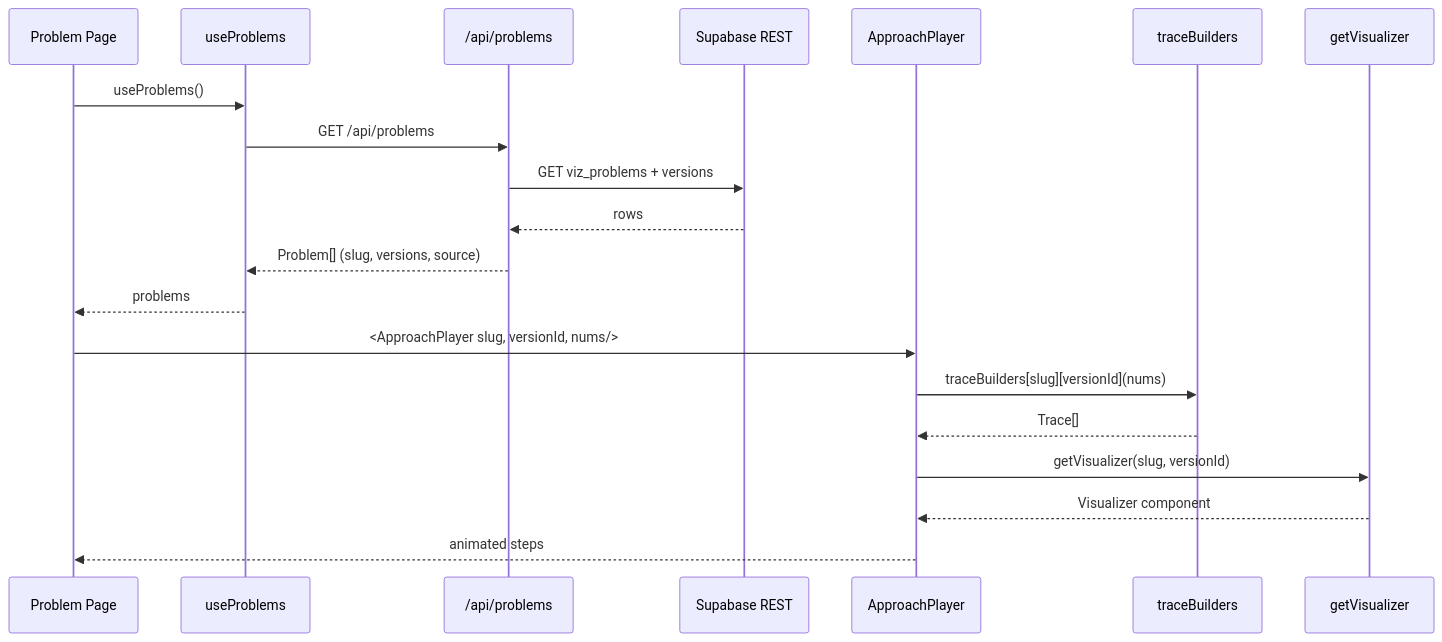
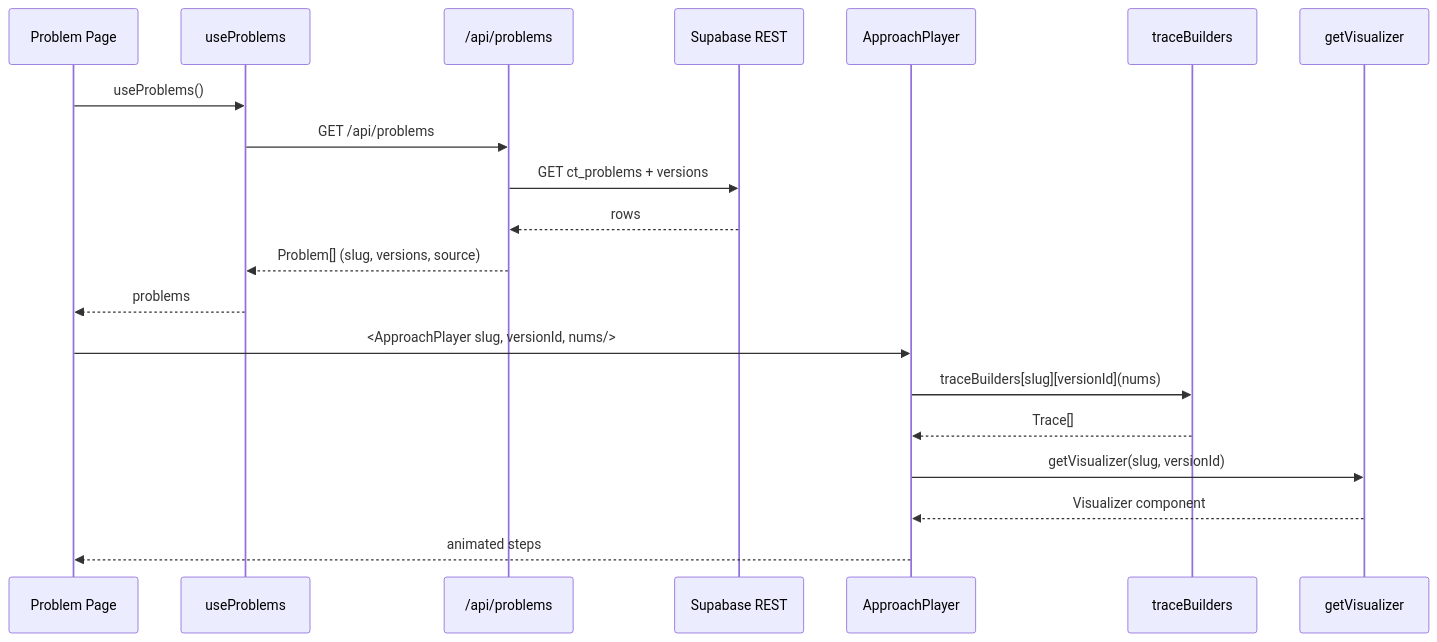
One commit to sangisapusaiteja/CodeTrace changed the third of 4 diagrams in README.md. Above: the diagram before and after it, drawn with Mermaid. The commit also changed other lines of this file and 116 other files, not shown here.

````diff
--- a/README.md
+++ b/README.md
@@ -184,23 +184,23 @@
 ```mermaid
 sequenceDiagram
     participant Page as Problem Page
     participant Hook as useProblems
     participant API as /api/problems
     participant REST as Supabase REST
     participant Player as ApproachPlayer
     participant Trace as traceBuilders
     participant Viz as getVisualizer
 
     Page->>Hook: useProblems()
     Hook->>API: GET /api/problems
-    API->>REST: GET viz_problems + versions
+    API->>REST: GET ct_problems + versions
     REST-->>API: rows
     API-->>Hook: Problem[] (slug, versions, source)
     Hook-->>Page: problems
     Page->>Player: <ApproachPlayer slug, versionId, nums/>
     Player->>Trace: traceBuilders[slug][versionId](nums)
     Trace-->>Player: Trace[]
     Player->>Viz: getVisualizer(slug, versionId)
     Viz-->>Player: Visualizer component
     Player-->>Page: animated steps
 ```
````
